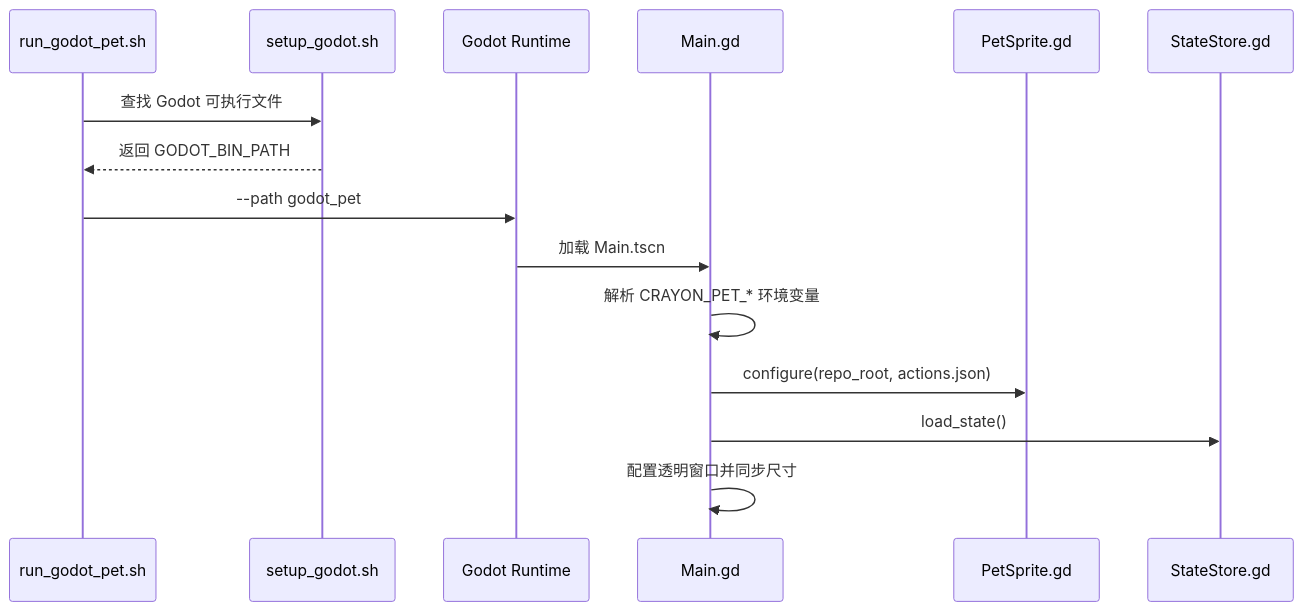
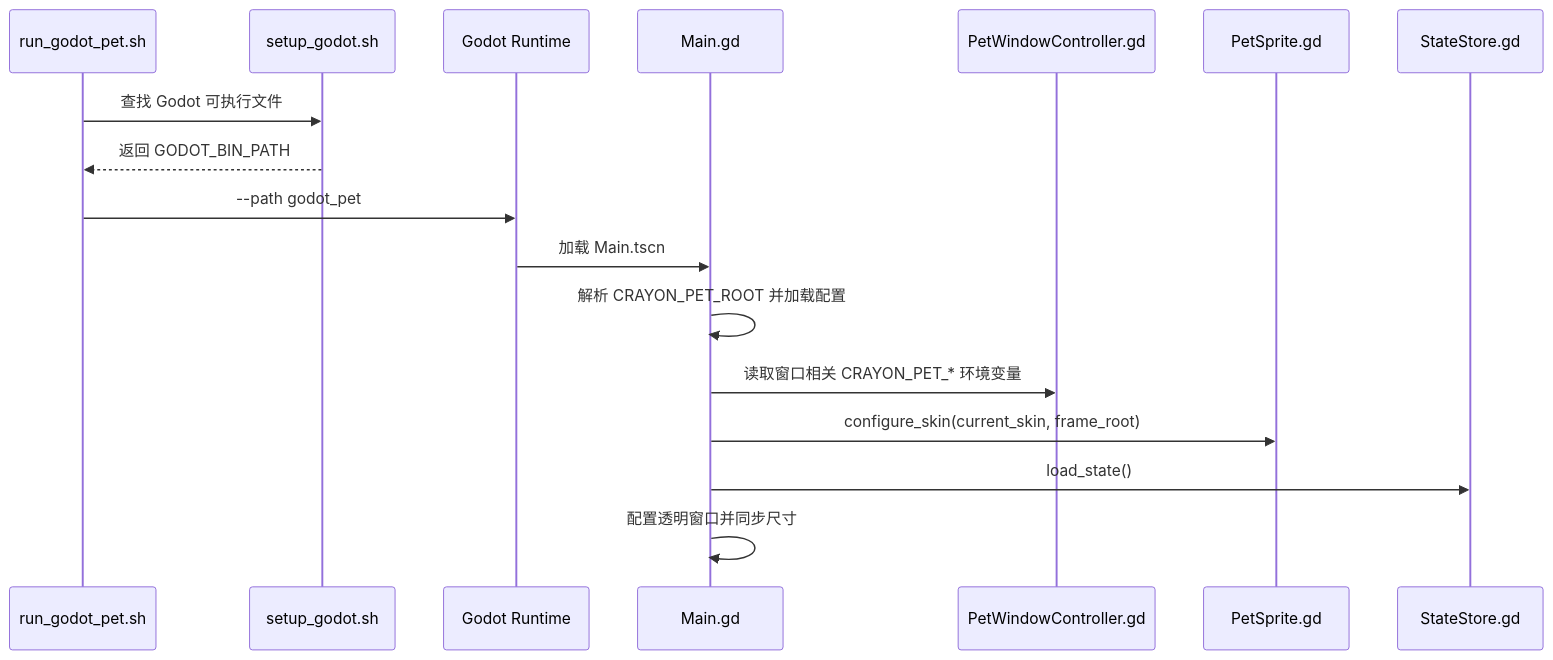
The first of 3 diagrams in docs/architecture/data-flow.md (MzKyle/MascotMate), drawn with Mermaid before and after one commit. The commit also changed 20 other files, not shown here.

````diff
--- a/docs/architecture/data-flow.md
+++ b/docs/architecture/data-flow.md
@@ -5,18 +5,20 @@
 ```mermaid
 sequenceDiagram
   participant Shell as run_godot_pet.sh
   participant Setup as setup_godot.sh
   participant Godot as Godot Runtime
   participant Main as Main.gd
+  participant WindowController as PetWindowController.gd
   participant Sprite as PetSprite.gd
   participant State as StateStore.gd
 
   Shell->>Setup: 查找 Godot 可执行文件
   Setup-->>Shell: 返回 GODOT_BIN_PATH
   Shell->>Godot: --path godot_pet
   Godot->>Main: 加载 Main.tscn
-  Main->>Main: 解析 CRAYON_PET_* 环境变量
-  Main->>Sprite: configure(repo_root, actions.json)
+  Main->>Main: 解析 CRAYON_PET_ROOT 并加载配置
+  Main->>WindowController: 读取窗口相关 CRAYON_PET_* 环境变量
+  Main->>Sprite: configure_skin(current_skin, frame_root)
   Main->>State: load_state()
   Main->>Main: 配置透明窗口并同步尺寸
 ```
````
